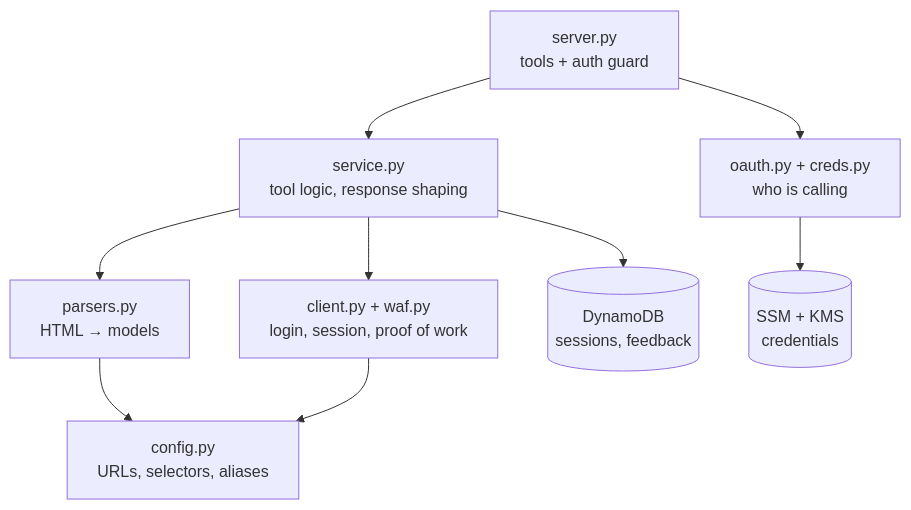
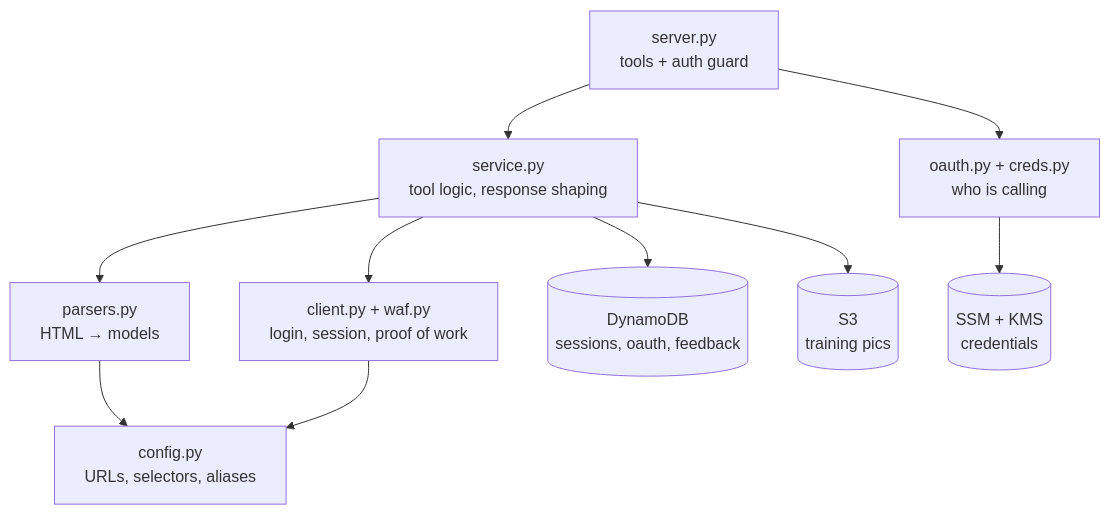
One commit to Olafcito/arte-suave-mcp changed the second of 2 diagrams in README.md. Above: the diagram before and after it, drawn with Mermaid. The commit also changed other lines of this file, not shown here.

First line of the commit message:
README: vertical flow diagram, prerequisites, tech stack, architecture heading (#10)

````diff
--- a/README.md
+++ b/README.md
@@ -112,11 +128,12 @@
 ```mermaid
 flowchart TB
     S["server.py<br/>tools + auth guard"] --> V["service.py<br/>tool logic, response shaping"]
     V --> P["parsers.py<br/>HTML → models"]
     V --> C["client.py + waf.py<br/>login, session, proof of work"]
     P --> K["config.py<br/>URLs, selectors, aliases"]
     C --> K
     S --> O["oauth.py + creds.py<br/>who is calling"]
-    V --> D[("DynamoDB<br/>sessions, feedback")]
+    V --> D[("DynamoDB<br/>sessions, oauth, feedback")]
+    V --> B[("S3<br/>training pics")]
     O --> M[("SSM + KMS<br/>credentials")]
 ```
````
